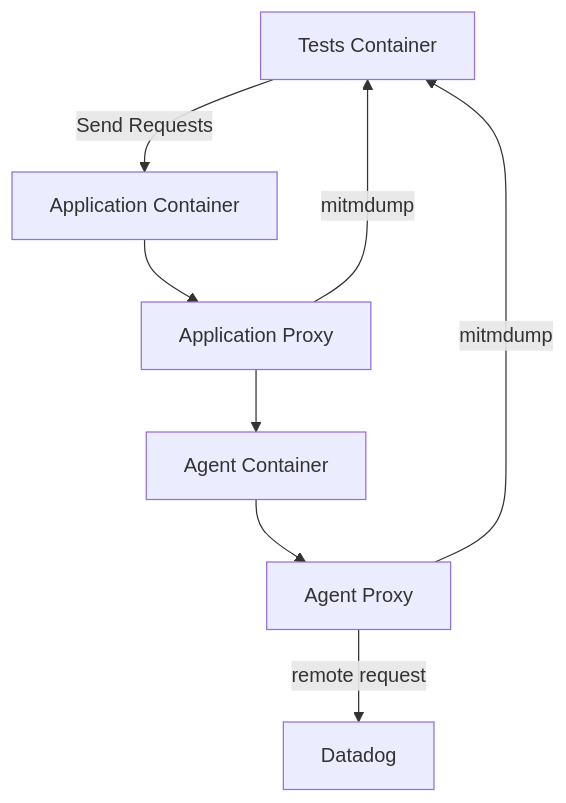
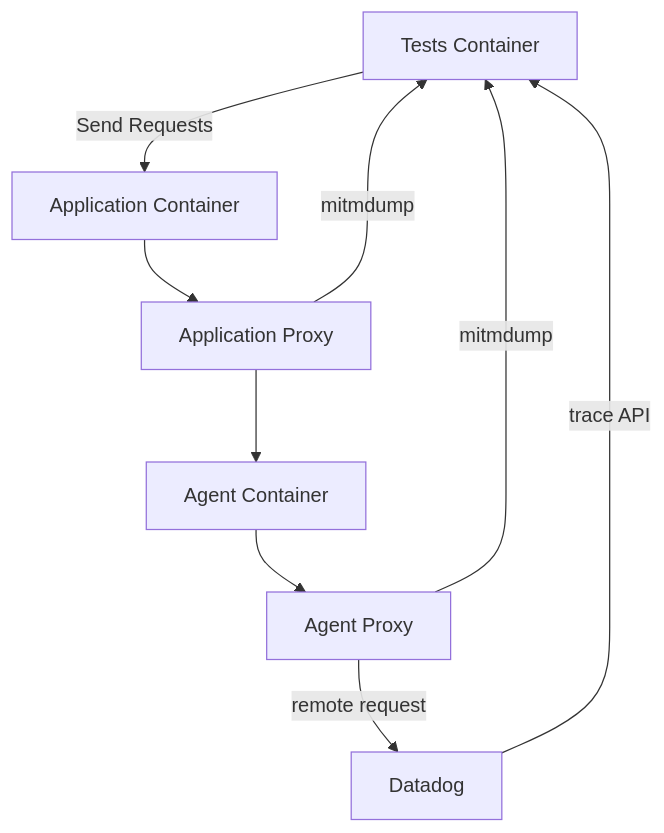
One commit to DataDog/system-tests changed the first of 2 diagrams in docs/architecture/overview.md. Above: the diagram before and after it, drawn with Mermaid. The commit also changed other lines of this file, not shown here.

````diff
--- a/docs/architecture/overview.md
+++ b/docs/architecture/overview.md
@@ -36,11 +36,11 @@
 ```mermaid
 flowchart TD
     TESTS[Tests Container] -->|Send Requests| APP
     APP[Application Container] --> APPPROXY
     APPPROXY[Application Proxy] --> AGENT
     APPPROXY -->|mitmdump| TESTS
     AGENT[Agent Container] --> AGENTPROXY
     AGENTPROXY[Agent Proxy] -->|remote request| BACKEND
     AGENTPROXY -->|mitmdump| TESTS
-    BACKEND[Datadog]
+    BACKEND[Datadog] -->|trace API| TESTS
 ```
````
